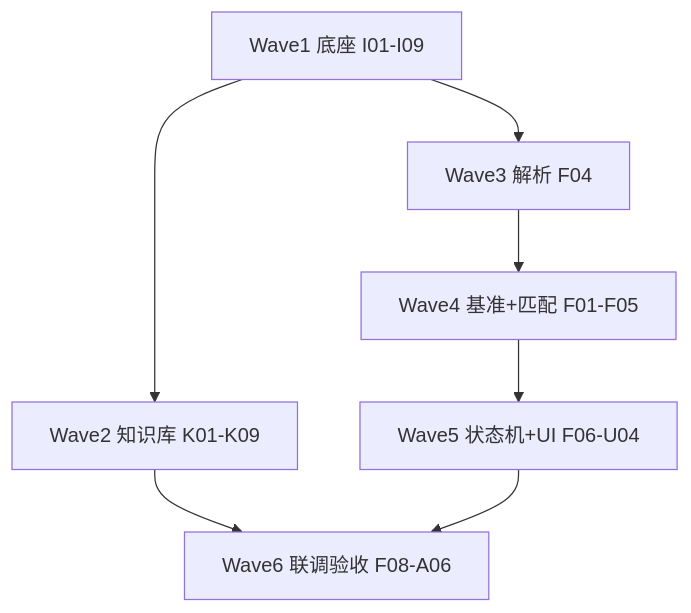
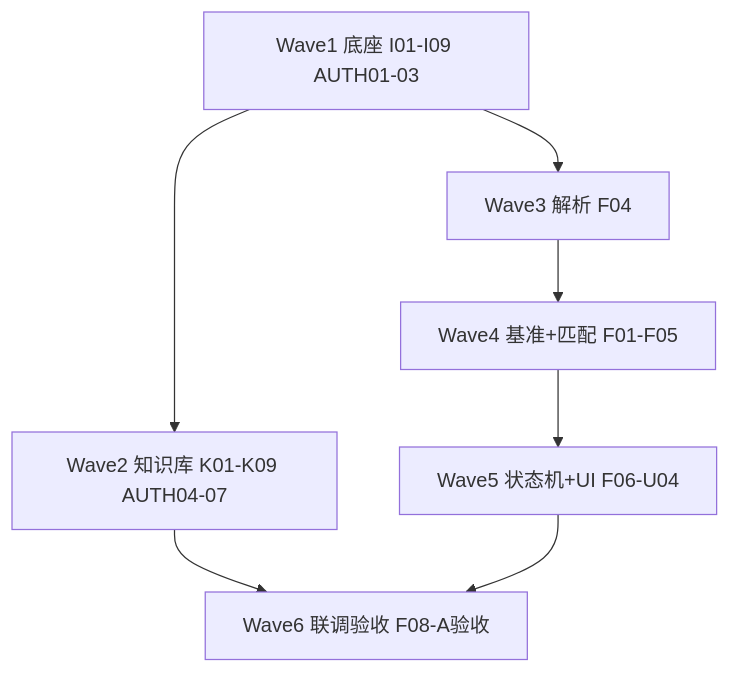
The diagram in docs/R1/r1-execution-plan.md (adle129/aria), drawn with Mermaid before and after one commit. The commit also changed other lines of this file and 94 other files, not shown here.

First line of the commit message:
feat: R1 Wave1–3 基础设施、知识库、认证与 RFQ rules_first 生产化

````diff
--- a/docs/R1/r1-execution-plan.md
+++ b/docs/R1/r1-execution-plan.md
@@ -24,15 +24,15 @@
 ```mermaid
 flowchart TB
-  W1[Wave1 底座 I01-I09]
-  W2[Wave2 知识库 K01-K09]
+  W1[Wave1 底座 I01-I09 AUTH01-03]
+  W2[Wave2 知识库 K01-K09 AUTH04-07]
   W3[Wave3 解析 F04]
   W4[Wave4 基准+匹配 F01-F05]
   W5[Wave5 状态机+UI F06-U04]
-  W6[Wave6 联调验收 F08-A06]
+  W6[Wave6 联调验收 F08-A验收]
   W1 --> W3
   W1 --> W2
   W2 --> W6
   W3 --> W4
   W4 --> W5
   W5 --> W6
 ```
````
